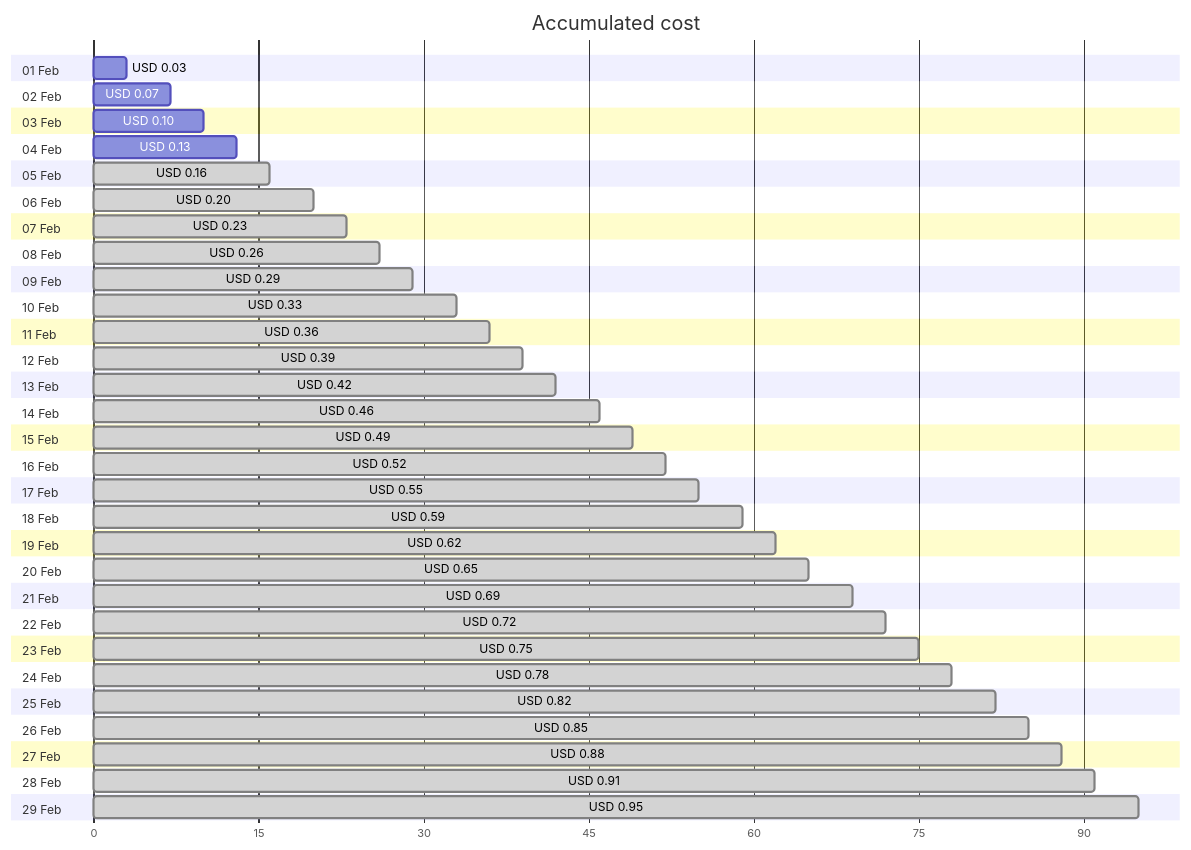
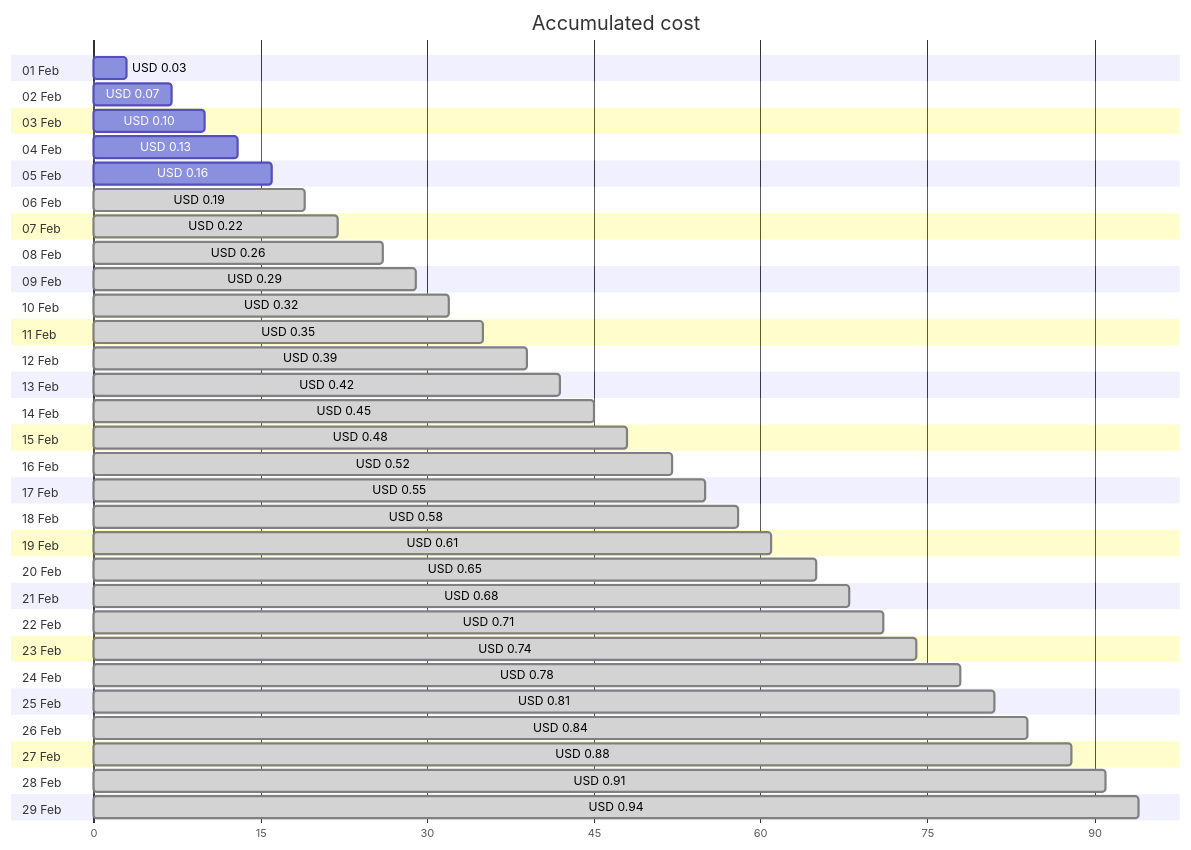
One commit to jpfulton/azure-personal-reports changed the first of 4 diagrams in cost-reports/personal-dns/README.md. Above: the diagram before and after it, drawn with Mermaid. The commit also changed other lines of this file and 2 other files, not shown here.

Commit message:
Generated reports [skip ci]

````diff
--- a/cost-reports/personal-dns/README.md
+++ b/cost-reports/personal-dns/README.md
@@ -20,64 +20,64 @@
 ```mermaid
 gantt
    title Accumulated cost
    dateFormat  X
    axisFormat %s
    section 01 Feb
    USD 0.03 :0, 3
    section 02 Feb
    USD 0.07 :0, 7
    section 03 Feb
    USD 0.10 :0, 10
    section 04 Feb
    USD 0.13 :0, 13
    section 05 Feb
-   USD 0.16 : done, 0, 16
+   USD 0.16 :0, 16
    section 06 Feb
-   USD 0.20 : done, 0, 20
+   USD 0.19 : done, 0, 19
    section 07 Feb
-   USD 0.23 : done, 0, 23
+   USD 0.22 : done, 0, 22
    section 08 Feb
    USD 0.26 : done, 0, 26
    section 09 Feb
    USD 0.29 : done, 0, 29
    section 10 Feb
-   USD 0.33 : done, 0, 33
+   USD 0.32 : done, 0, 32
    section 11 Feb
-   USD 0.36 : done, 0, 36
+   USD 0.35 : done, 0, 35
    section 12 Feb
    USD 0.39 : done, 0, 39
    section 13 Feb
    USD 0.42 : done, 0, 42
    section 14 Feb
-   USD 0.46 : done, 0, 46
+   USD 0.45 : done, 0, 45
    section 15 Feb
-   USD 0.49 : done, 0, 49
+   USD 0.48 : done, 0, 48
    section 16 Feb
    USD 0.52 : done, 0, 52
    section 17 Feb
    USD 0.55 : done, 0, 55
    section 18 Feb
-   USD 0.59 : done, 0, 59
+   USD 0.58 : done, 0, 58
    section 19 Feb
-   USD 0.62 : done, 0, 62
+   USD 0.61 : done, 0, 61
    section 20 Feb
    USD 0.65 : done, 0, 65
    section 21 Feb
-   USD 0.69 : done, 0, 69
+   USD 0.68 : done, 0, 68
    section 22 Feb
-   USD 0.72 : done, 0, 72
+   USD 0.71 : done, 0, 71
    section 23 Feb
-   USD 0.75 : done, 0, 75
+   USD 0.74 : done, 0, 74
    section 24 Feb
    USD 0.78 : done, 0, 78
    section 25 Feb
-   USD 0.82 : done, 0, 82
+   USD 0.81 : done, 0, 81
    section 26 Feb
-   USD 0.85 : done, 0, 85
+   USD 0.84 : done, 0, 84
    section 27 Feb
    USD 0.88 : done, 0, 88
    section 28 Feb
    USD 0.91 : done, 0, 91
    section 29 Feb
-   USD 0.95 : done, 0, 95
+   USD 0.94 : done, 0, 94
 ```
````
